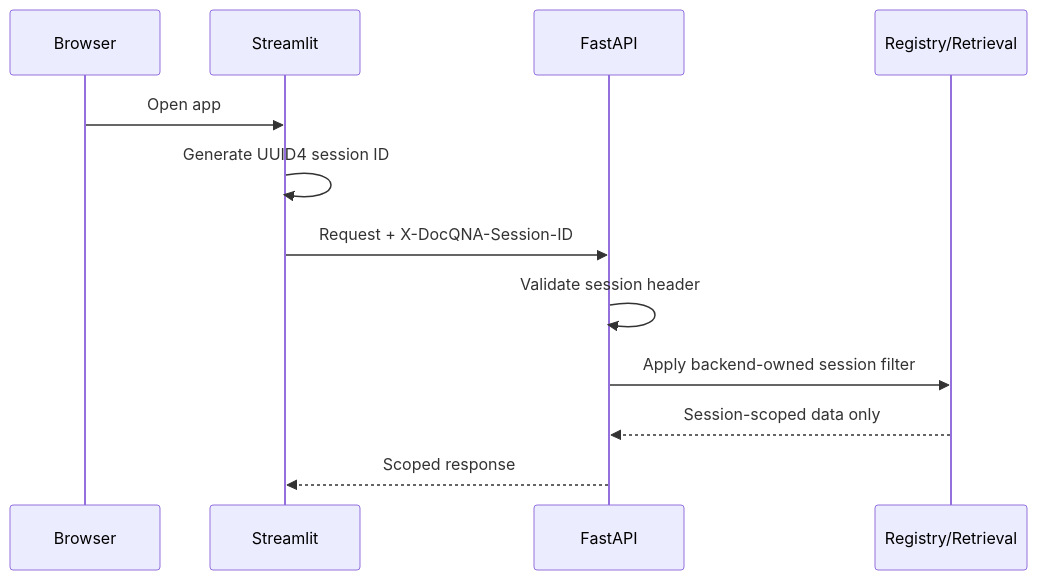
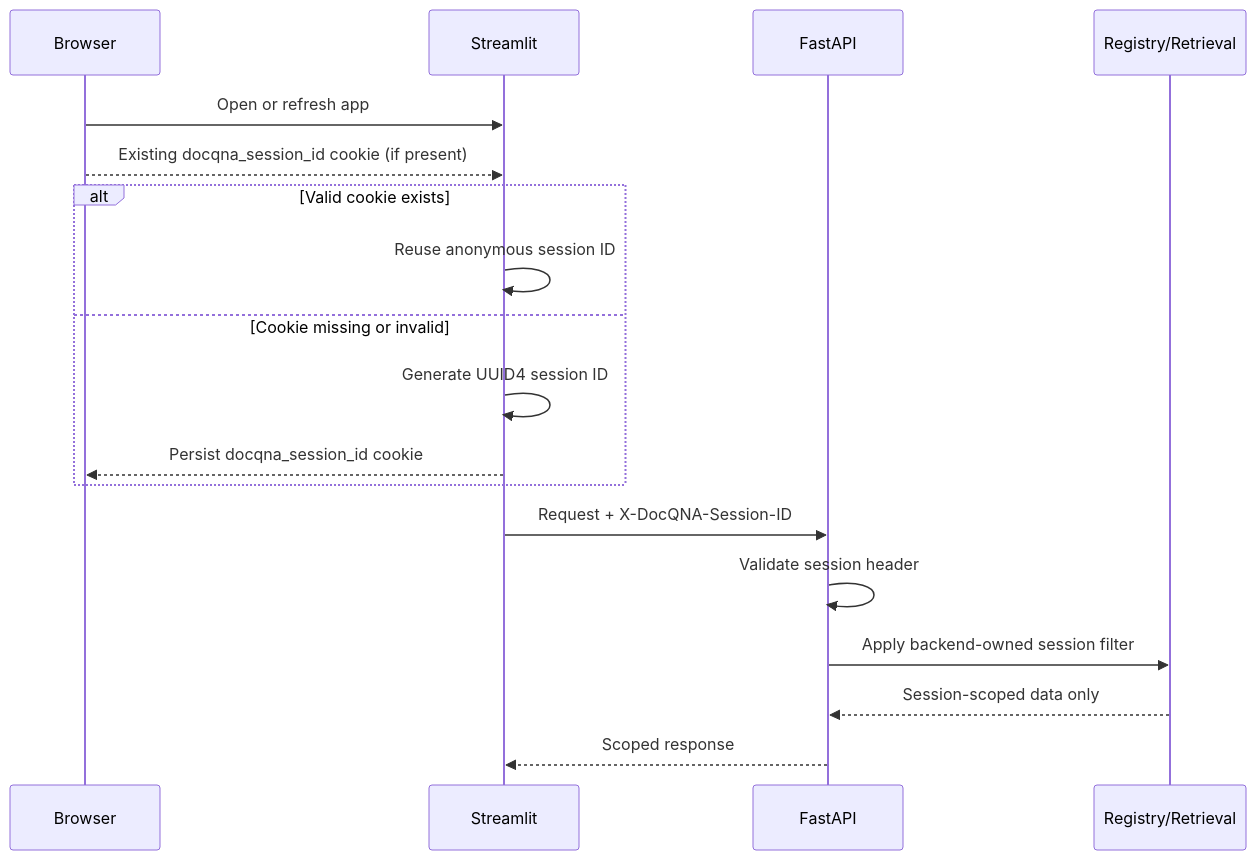
The fourth of 6 diagrams in docs/architecture.md (Md-Faiz-Alam/docqna), drawn with Mermaid before and after one commit. The commit also changed other lines of this file and 12 other files, not shown here.

````diff
--- a/docs/architecture.md
+++ b/docs/architecture.md
@@ -106,15 +129,23 @@
 ```mermaid
 sequenceDiagram
     participant B as Browser
     participant S as Streamlit
     participant A as FastAPI
     participant R as Registry/Retrieval
 
-    B->>S: Open app
-    S->>S: Generate UUID4 session ID
+    B->>S: Open or refresh app
+    B-->>S: Existing docqna_session_id cookie (if present)
+
+    alt Valid cookie exists
+        S->>S: Reuse anonymous session ID
+    else Cookie missing or invalid
+        S->>S: Generate UUID4 session ID
+        S-->>B: Persist docqna_session_id cookie
+    end
+
     S->>A: Request + X-DocQNA-Session-ID
     A->>A: Validate session header
     A->>R: Apply backend-owned session filter
     R-->>A: Session-scoped data only
     A-->>S: Scoped response
 ```
````
